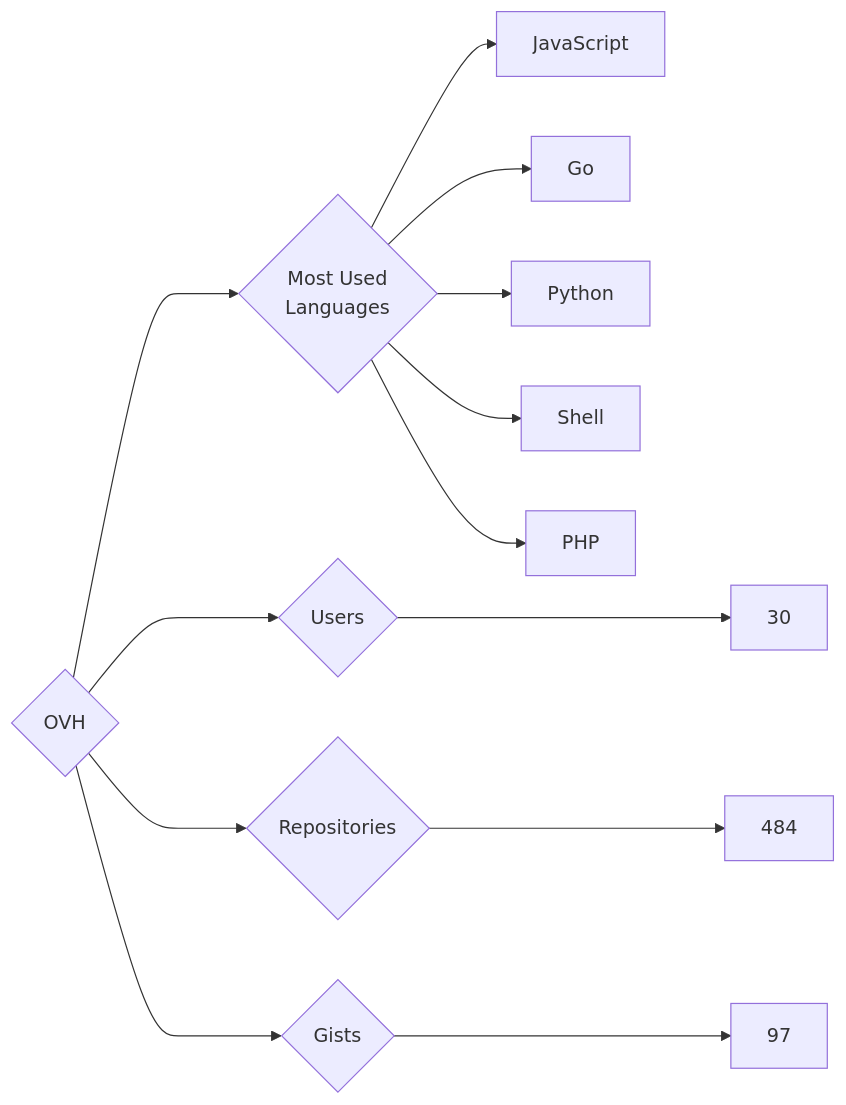
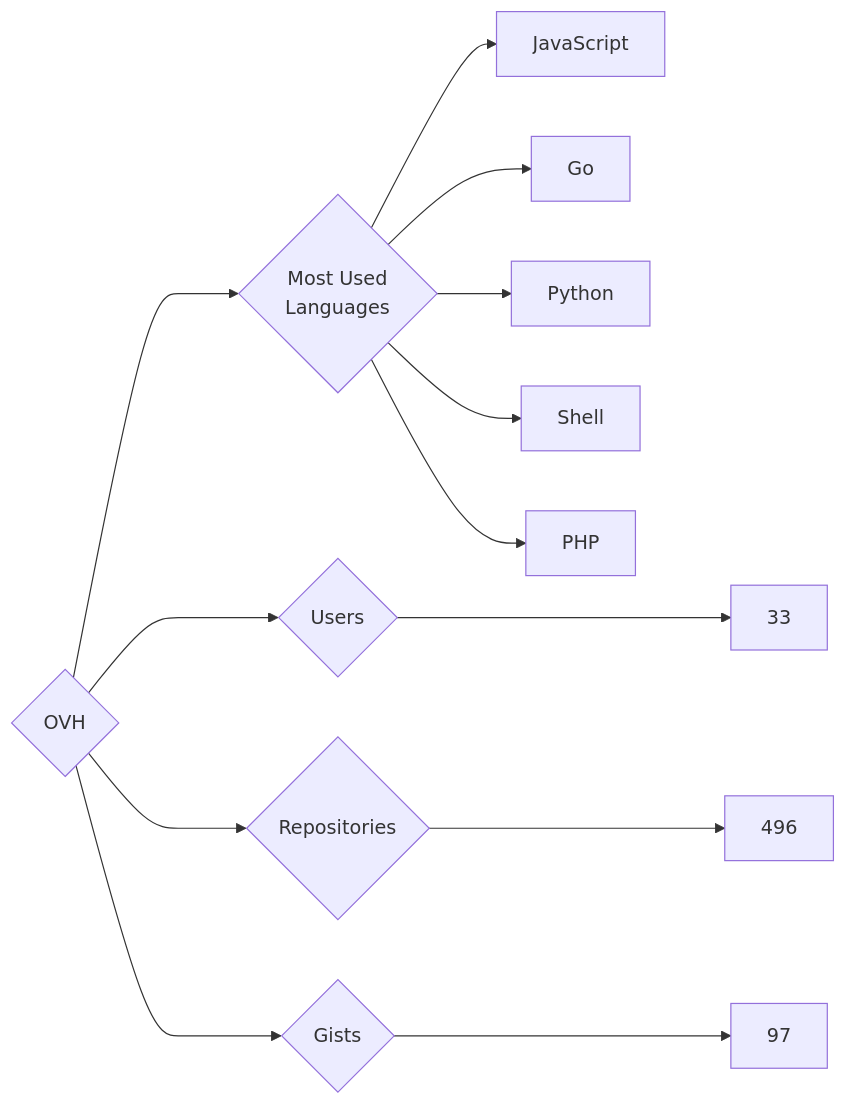
One commit to trickest/insiders changed the diagram in targets/OVH/README.md. Above: the diagram before and after it, drawn with Mermaid. The commit also changed 970 other files, not shown here.

````diff
--- a/targets/OVH/README.md
+++ b/targets/OVH/README.md
@@ -3,13 +3,13 @@
 ```mermaid
 graph LR
 COMPANY_NAME{OVH}
-COMPANY_NAME ---> U{Users} ---> UN[30]
-COMPANY_NAME ---> R{Repositories} ---> RN[484]
+COMPANY_NAME ---> U{Users} ---> UN[33]
+COMPANY_NAME ---> R{Repositories} ---> RN[496]
 COMPANY_NAME ---> G{Gists} ---> GN[97]
 COMPANY_NAME ---> ML{Most Used<br>Languages}
 ML --> JavaScript[JavaScript]
 ML --> Go[Go]
 ML --> Python[Python]
 ML --> Shell[Shell]
 ML --> PHP[PHP]
 ```
````
